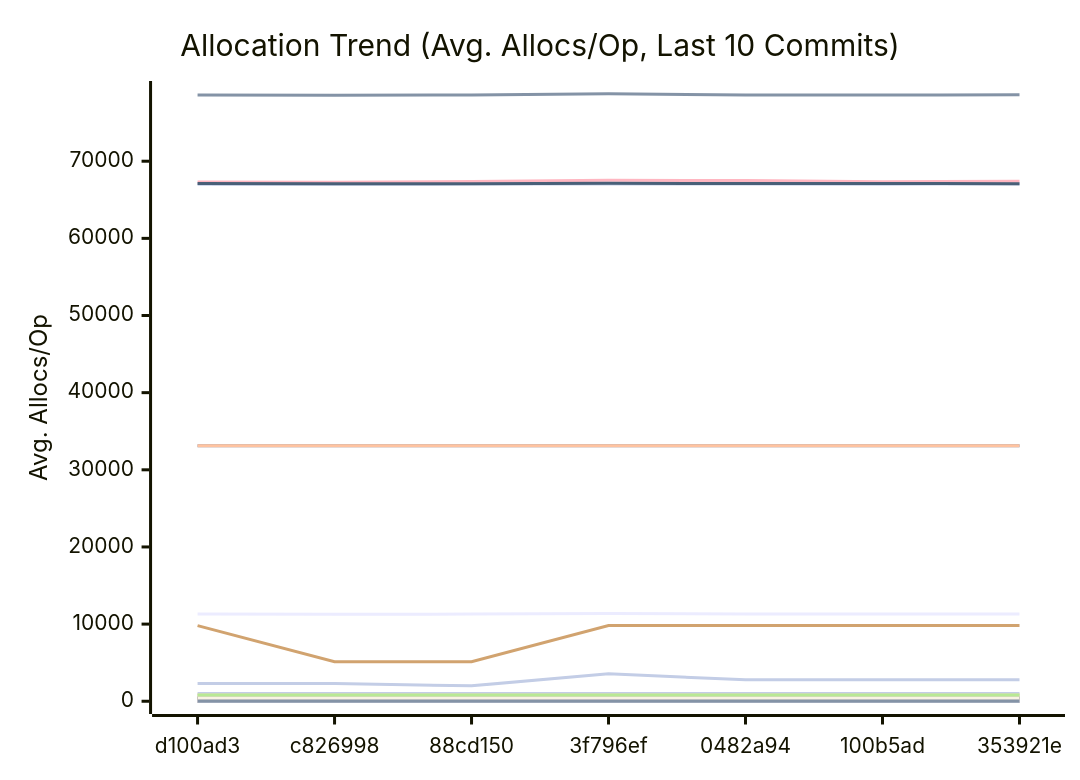
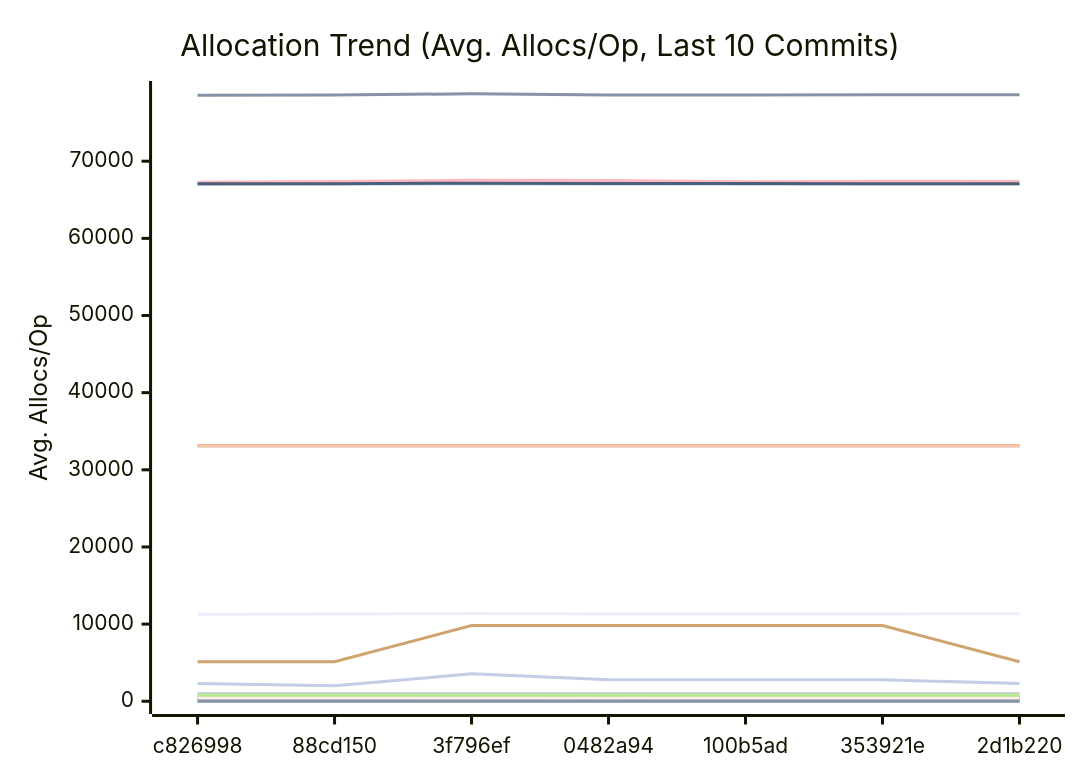
One commit to alsotoes/momo changed the third of 3 diagrams in docs/PERFORMANCE.md. Above: the diagram before and after it, drawn with Mermaid. The commit also changed other lines of this file and 2 other files, not shown here.

````diff
--- a/docs/PERFORMANCE.md
+++ b/docs/PERFORMANCE.md
@@ -348,42 +348,42 @@
 ```mermaid
 xychart-beta
     title "Allocation Trend (Avg. Allocs/Op, Last 10 Commits)"
     x-axis "Commit"
     y-axis "Avg. Allocs/Op"
-    x-axis [d100ad3,c826998,88cd150,3f796ef,0482a94,100b5ad,353921e]
-    line "AWSChunkedReaderSigned" [11299,11270,11296,11367,11304,11317,11324,11331,11296,11287]
-    line "AWSChunkedReaderUnsigned" [78586,78564,78579,78745,78578,78592,78605,78609,78579,78582]
+    x-axis [c826998,88cd150,3f796ef,0482a94,100b5ad,353921e,2d1b220]
+    line "AWSChunkedReaderSigned" [11270,11296,11367,11304,11317,11324,11331,11296,11287,11338]
+    line "AWSChunkedReaderUnsigned" [78564,78579,78745,78578,78592,78605,78609,78579,78582,78651]
     line "CheckMetricsAndSwap" [0,0,0,0,0,0,0,0,0,0]
     line "CrushOptimized" [0,0,0,0,0,0,0,0,0,0]
     line "CrushOriginal" [3,3,3,3,3,3,3,3,3,3]
     line "FormatListObjectsV2XML_AppendFormat" [16,16,16,16,16,16,16,16,16,16]
     line "FormatListObjectsV2XML_OldFormat" [1000,1000,1000,1000,1000,1000,1000,1000,1000,1000]
     line "HashBytes/1MiB" [64,64,64,64,64,64,64,64,64,64]
     line "HashBytes/256MiB" [64,64,64,64,64,64,64,64,64,64]
     line "HashBytes/64MiB" [64,64,64,64,64,64,64,64,64,64]
-    line "HashFile/1MiB" [33128,33128,33112,33128,33128,33128,33128,33128,33128,33128]
+    line "HashFile/1MiB" [33128,33112,33128,33128,33128,33128,33128,33128,33128,33128]
     line "HashFile/256MiB" [33128,33128,33128,33128,33128,33128,33128,33128,33128,33128]
-    line "HashFile/64MiB" [33128,33128,33128,33128,33128,33128,33128,33128,33137,33128]
+    line "HashFile/64MiB" [33128,33128,33128,33128,33128,33128,33128,33137,33128,33128]
     line "IndexDirectTracking" [0,0,0,0,0,0,0,0,0,0]
     line "IndexSearch" [0,0,0,0,0,0,0,0,0,0]
     line "LoadGlobalConfig" [58,58,58,58,58,58,58,58,58,58]
-    line "LocalWrite/1MiB" [67030,67028,67031,67037,67034,67030,67036,67036,67029,67028]
-    line "LocalWrite/256MiB" [67317,67268,67358,67518,67492,67349,67409,67379,67372,67383]
-    line "LocalWrite/64MiB" [67097,67071,67089,67157,67097,67104,67086,67092,67077,67052]
+    line "LocalWrite/1MiB" [67028,67031,67037,67034,67030,67036,67036,67029,67028,67031]
+    line "LocalWrite/256MiB" [67268,67358,67518,67492,67349,67409,67379,67372,67383,67413]
+    line "LocalWrite/64MiB" [67071,67089,67157,67097,67104,67086,67092,67077,67052,67096]
     line "PadString" [1,1,1,1,1,1,1,1,1,1]
     line "ParseReplicationOrder_NoPrealloc" [6,6,6,6,6,5,5,5,5,5]
     line "ParseReplicationOrder_Prealloc" [2,2,2,2,2,1,1,1,1,1]
     line "Placement" [6,6,6,6,6,6,6,6,6,6]
     line "PlacementDomainSpread" [6,6,6,6,6,6,6,6,6,6]
-    line "ReadVerify/1MiB" [459,457,458,483,437,469,466,470,460,462]
-    line "ReadVerify/256MiB" [9808,5120,5120,9808,9808,9808,9808,5120,9808,5120]
-    line "ReadVerify/64MiB" [2307,2307,1994,3557,2776,2776,2776,2307,2307,2776]
-    line "S3PutSpool/1MiB" [447,447,448,448,447,447,448,447,447,447]
+    line "ReadVerify/1MiB" [457,458,483,437,469,466,470,460,462,473]
+    line "ReadVerify/256MiB" [5120,5120,9808,9808,9808,9808,5120,9808,5120,9808]
+    line "ReadVerify/64MiB" [2307,1994,3557,2776,2776,2776,2307,2307,2776,2776]
+    line "S3PutSpool/1MiB" [447,448,448,447,447,448,447,447,447,447]
     line "S3PutSpool/256MiB" [448,448,448,448,448,448,448,448,448,448]
     line "S3PutSpool/64MiB" [448,448,448,448,448,448,448,448,448,448]
     line "SanitizeLog/Safe" [0,0,0,0,0,0,0,0,0,0]
     line "SanitizeLog/Unsafe" [1,1,1,1,1,1,1,1,1,1]
-    line "TrustedRead/1MiB" [800,825,800,800,800,800,800,800,800,800]
+    line "TrustedRead/1MiB" [825,800,800,800,800,800,800,800,800,839]
     line "TrustedRead/256MiB" [800,800,800,800,800,800,800,800,800,800]
     line "TrustedRead/64MiB" [800,800,800,800,800,800,800,800,800,800]
 ```
````
